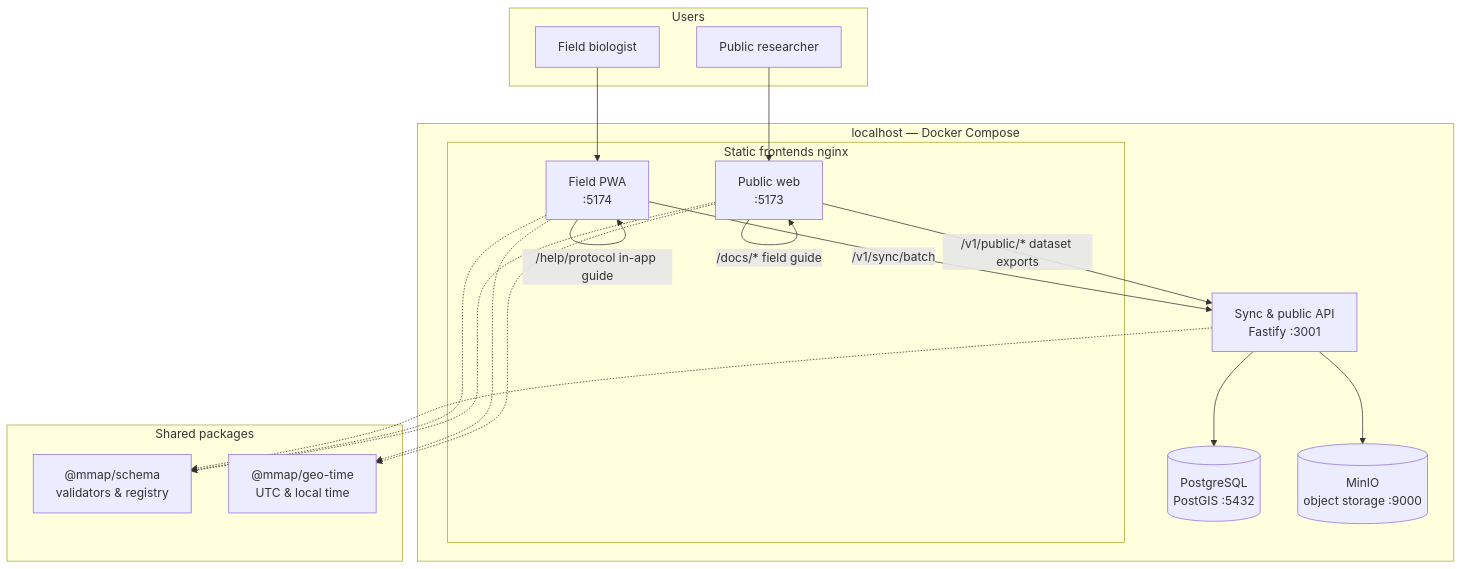
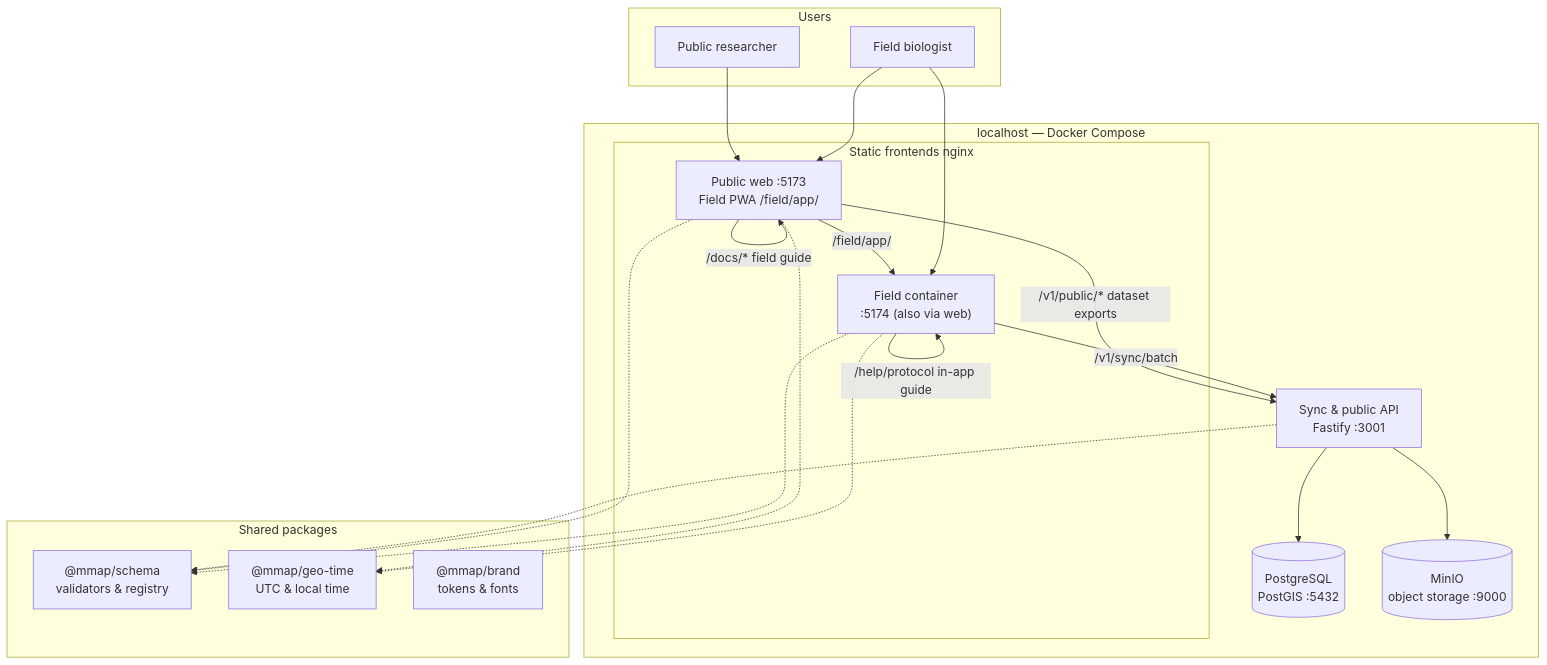
One commit to SaveMarineMammals/marine-mammal-assessment-platform changed the diagram in README.md. Above: the diagram before and after it, drawn with Mermaid. The commit also changed other lines of this file and 49 other files, not shown here.

First line of the commit message:
Serve web and field on one hostname with shared brand UX.

````diff
--- a/README.md
+++ b/README.md
@@ -15,42 +15,45 @@
 ```mermaid
 flowchart TB
   subgraph users [Users]
     Biologist[Field biologist]
     Researcher[Public researcher]
   end
 
   subgraph host [localhost — Docker Compose]
     subgraph frontends [Static frontends nginx]
-      Field["Field PWA<br/>:5174"]
-      Web["Public web<br/>:5173"]
+      Web["Public web :5173<br/>Field PWA /field/app/"]
+      Field["Field container<br/>:5174 (also via web)"]
     end
 
     API["Sync & public API<br/>Fastify :3001"]
     PG[("PostgreSQL<br/>PostGIS :5432")]
     MinIO[("MinIO<br/>object storage :9000")]
   end
 
   subgraph packages [Shared packages]
     Schema["@mmap/schema<br/>validators & registry"]
     GeoTime["@mmap/geo-time<br/>UTC & local time"]
+    Brand["@mmap/brand<br/>tokens & fonts"]
   end
 
+  Biologist --> Web
   Biologist --> Field
   Researcher --> Web
 
   Field -->|"IndexedDB offline queue"| Field
   Field -->|"/v1/sync/batch"| API
   Field -->|"/help/protocol in-app guide"| Field
 
   Web -->|"/v1/public/* dataset exports"| API
   Web -->|"/docs/* field guide"| Web
+  Web -->|"/field/app/"| Field
 
   API --> PG
   API --> MinIO
 
   Field -.-> Schema
   Web -.-> Schema
   API -.-> Schema
   Field -.-> GeoTime
   Web -.-> GeoTime
 ```
````
